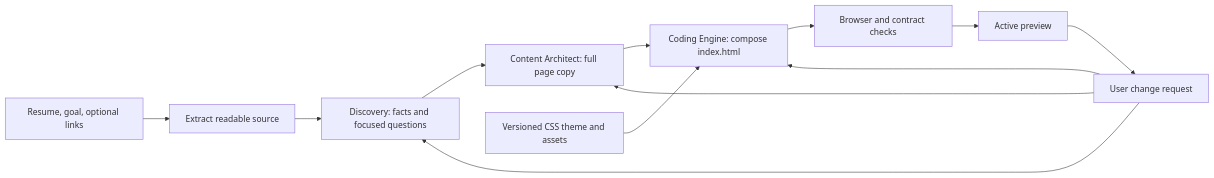
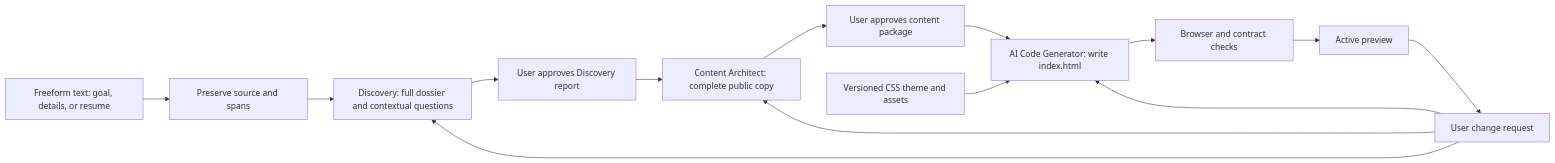
The first of 2 diagrams in docs/architecture/10-proposed-resume-portfolio-system.md (yashsrivastava0/OryxenAI), drawn with Mermaid before and after one commit. The commit also changed other lines of this file and 6 other files, not shown here.

Commit message:
docs(architecture): define complete agent handoffs and HTML generation

````diff
--- a/docs/architecture/10-proposed-resume-portfolio-system.md
+++ b/docs/architecture/10-proposed-resume-portfolio-system.md
@@ -28,14 +28,16 @@
 ```mermaid
 flowchart LR
-    U[Resume, goal, optional links] --> X[Extract readable source]
-    X --> D[Discovery: facts and focused questions]
-    D --> C[Content Architect: full page copy]
-    C --> G[Coding Engine: compose index.html]
+    U[Freeform text: goal, details, or resume] --> X[Preserve source and spans]
+    X --> D[Discovery: full dossier and contextual questions]
+    D --> A1[User approves Discovery report]
+    A1 --> C[Content Architect: complete public copy]
+    C --> A2[User approves content package]
+    A2 --> G[AI Code Generator: write index.html]
     T[Versioned CSS theme and assets] --> G
     G --> Q[Browser and contract checks]
     Q --> P[Active preview]
     P --> E[User change request]
     E --> D
     E --> C
     E --> G
 ```
````
